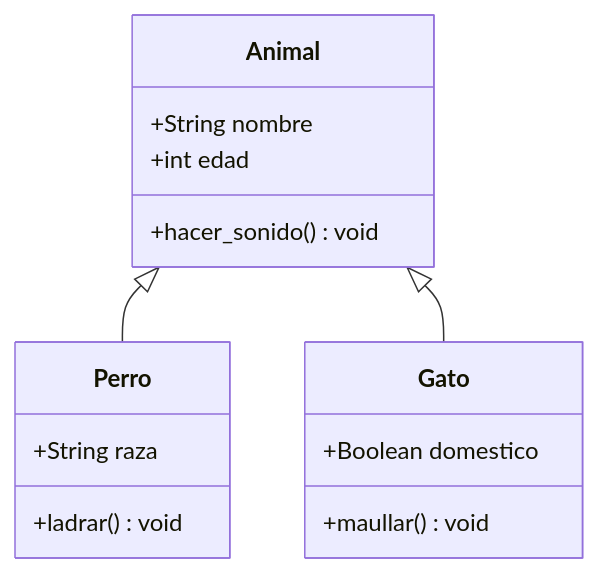
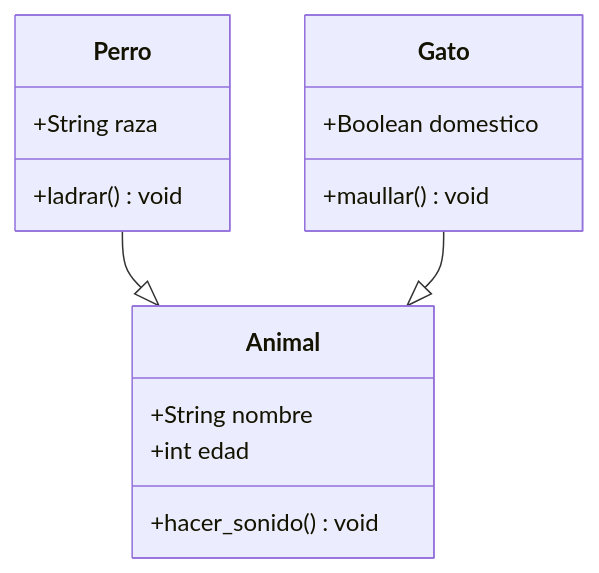
The third of 10 diagrams in _pages/technologies/mermaid.md (MiguelP-Dev/miguelp-dev.github.io), drawn with Mermaid before and after one commit. The commit also changed other lines of this file and 3 other files, not shown here.

Commit message:
fix: repara la visualizacion de mermaid y el uso de gems

````diff
--- a/_pages/technologies/mermaid.md
+++ b/_pages/technologies/mermaid.md
@@ -163,18 +163,19 @@
 ```mermaid
 classDiagram
+  direction BT
   class Animal {
     +String nombre
     +int edad
     +hacer_sonido() void
   }
   class Perro {
     +String raza
     +ladrar() void
   }
   class Gato {
     +Boolean domestico
     +maullar() void
   }
   Animal <|-- Perro
   Animal <|-- Gato
 ```
````
